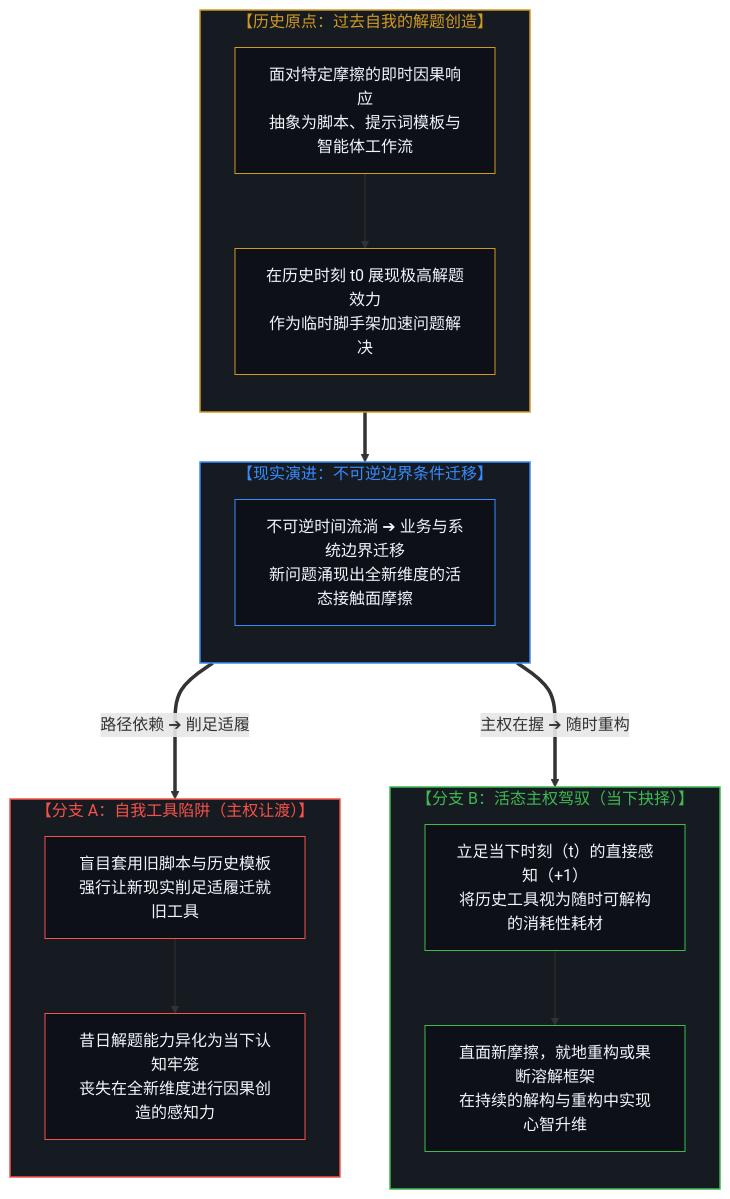
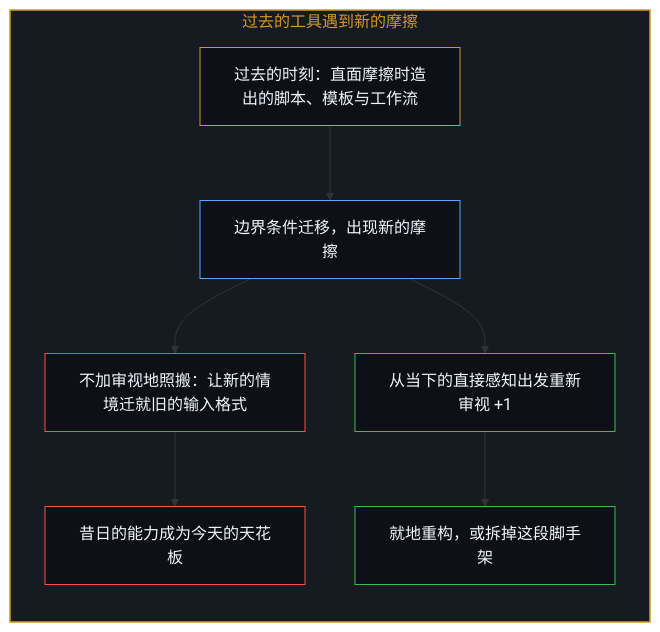
The third of 10 diagrams in content/posts/the-inversion-of-the-harness-and-the-driver-seat-asymmetry.md (powerpig99/not-a-toe), drawn with Mermaid before and after one commit. The commit also changed other lines of this file and 2 other files, not shown here.

Commit message:
Refine the-inversion-of-the-harness: alternating bilingual layout, five paired diagrams, stances not kinds of people, implicit first person

````diff
--- a/content/posts/the-inversion-of-the-harness-and-the-driver-seat-asymmetry.md
+++ b/content/posts/the-inversion-of-the-harness-and-the-driver-seat-asymmetry.md
@@ -72,45 +77,25 @@
 ```mermaid
-graph TD
-    subgraph S_Origin["【历史原点：过去自我的解题创造】"]
+flowchart TD
+    subgraph S_Past["过去的工具遇到新的摩擦"]
         direction TB
-        O1["面对特定摩擦的即时因果响应<br/>抽象为脚本、提示词模板与智能体工作流"]
-        O2["在历史时刻 t0 展现极高解题效力<br/>作为临时脚手架加速问题解决"]
-        O1 --> O2
+        Made["过去的时刻：直面摩擦时造出的脚本、模板与工作流"]
+        Shift["边界条件迁移，出现新的摩擦"]
+        Reuse["不加审视地照搬：让新的情境迁就旧的输入格式"]
+        Ceiling["昔日的能力成为今天的天花板"]
+        Review["从当下的直接感知出发重新审视 +1"]
+        Rebuild["就地重构，或拆掉这段脚手架"]
+        Made --> Shift
+        Shift --> Reuse
+        Reuse --> Ceiling
+        Shift --> Review
+        Review --> Rebuild
     end
 
-    subgraph S_Drift["【现实演进：不可逆边界条件迁移】"]
-        direction TB
-        D1["不可逆时间流淌 ➔ 业务与系统边界迁移<br/>新问题涌现出全新维度的活态接触面摩擦"]
-    end
-
-    O2 ==> D1
-
-    subgraph S_Trap["【分支 A：自我工具陷阱（主权让渡）】"]
-        direction TB
-        T1["盲目套用旧脚本与历史模板<br/>强行让新现实削足适履迁就旧工具"]
-        T2["昔日解题能力异化为当下认知牢笼<br/>丧失在全新维度进行因果创造的感知力"]
-        T1 --> T2
-    end
-
-    subgraph S_Sovereignty["【分支 B：活态主权驾驭（当下抉择）】"]
-        direction TB
-        S1["立足当下时刻（t）的直接感知（+1）<br/>将历史工具视为随时可解构的消耗性耗材"]
-        S2["直面新摩擦，就地重构或果断溶解框架<br/>在持续的解构与重构中实现心智升维"]
-        S1 --> S2
-    end
-
-    D1 ===>|"路径依赖 ➔ 削足适履"| S_Trap
-    D1 ===>|"主权在握 ➔ 随时重构"| S_Sovereignty
-
-    style S_Origin fill:#161b22,stroke:#d29922,stroke-width:1.5px,color:#d29922
-    style S_Drift fill:#161b22,stroke:#388bfd,stroke-width:1.5px,color:#388bfd
-    style S_Trap fill:#161b22,stroke:#f85149,stroke-width:1.5px,color:#f85149
-    style S_Sovereignty fill:#161b22,stroke:#3fb950,stroke-width:1.5px,color:#3fb950
-    style O1 fill:#0d1117,stroke:#d29922,stroke-width:1px,color:#f0f6fc
-    style O2 fill:#0d1117,stroke:#d29922,stroke-width:1px,color:#f0f6fc
-    style D1 fill:#0d1117,stroke:#388bfd,stroke-width:1px,color:#f0f6fc
-    style T1 fill:#0d1117,stroke:#f85149,stroke-width:1px,color:#f0f6fc
-    style T2 fill:#0d1117,stroke:#f85149,stroke-width:1px,color:#f0f6fc
-    style S1 fill:#0d1117,stroke:#3fb950,stroke-width:1px,color:#f0f6fc
-    style S2 fill:#0d1117,stroke:#3fb950,stroke-width:1px,color:#f0f6fc
+    style S_Past fill:#161b22,stroke:#d29922,stroke-width:1.5px,color:#d29922
+    style Made fill:#0d1117,stroke:#d29922,stroke-width:1px,color:#f0f6fc
+    style Shift fill:#0d1117,stroke:#58a6ff,stroke-width:1px,color:#f0f6fc
+    style Reuse fill:#0d1117,stroke:#f85149,stroke-width:1px,color:#f0f6fc
+    style Ceiling fill:#0d1117,stroke:#f85149,stroke-width:1px,color:#f0f6fc
+    style Review fill:#0d1117,stroke:#3fb950,stroke-width:1px,color:#f0f6fc
+    style Rebuild fill:#0d1117,stroke:#3fb950,stroke-width:1px,color:#f0f6fc
 ```
````
